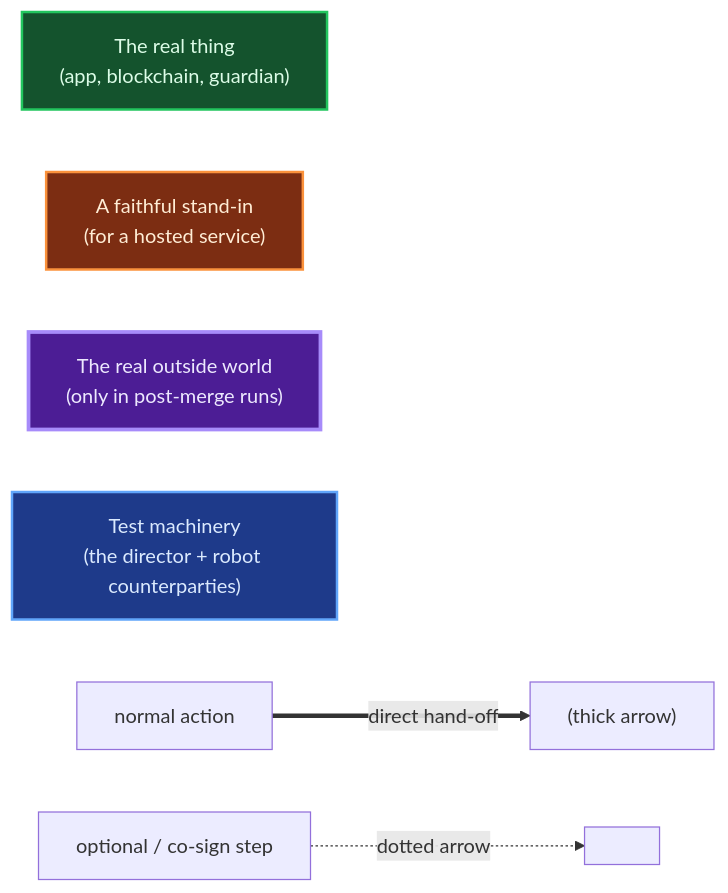
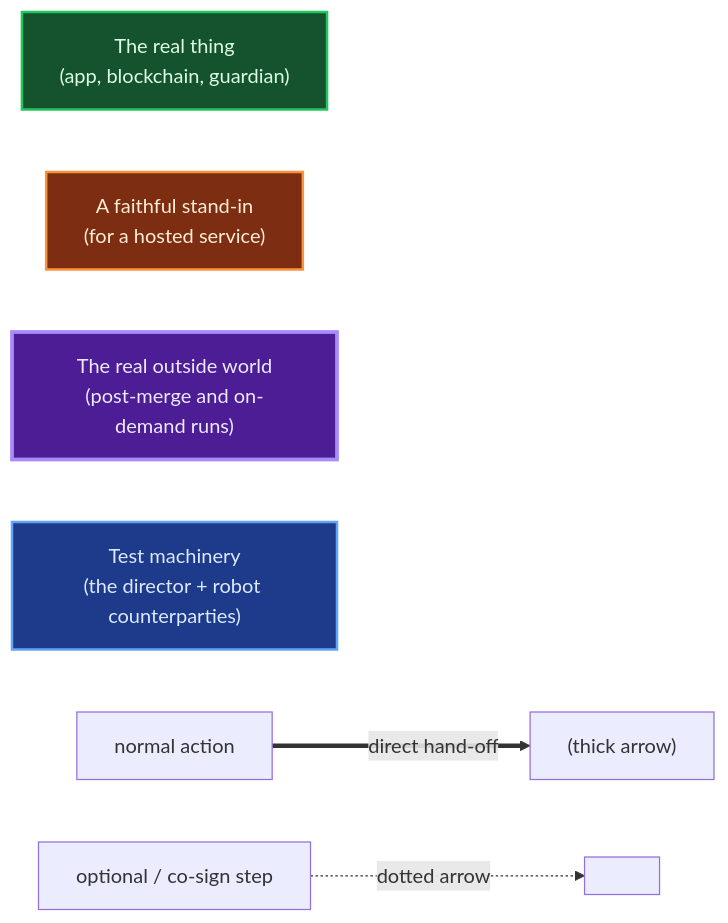
One commit to 0xMiden/wallet changed the first of 9 diagrams in playwright/e2e/docs/e2e-architecture.md. Above: the diagram before and after it, drawn with Mermaid. The commit also changed other lines of this file and 10 other files, not shown here.

````diff
--- a/playwright/e2e/docs/e2e-architecture.md
+++ b/playwright/e2e/docs/e2e-architecture.md
@@ -38,15 +38,15 @@
 ```mermaid
 flowchart LR
   R["The real thing<br/>(app, blockchain, guardian)"]:::real
   F["A faithful stand-in<br/>(for a hosted service)"]:::fake
-  W["The real outside world<br/>(only in post-merge runs)"]:::world
+  W["The real outside world<br/>(post-merge and on-demand runs)"]:::world
   T["Test machinery<br/>(the director + robot counterparties)"]:::test
 
   A1["normal action"] ==>|"direct hand-off"| A2["(thick arrow)"]
   A3["optional / co-sign step"] -.->|"dotted arrow"| A4[" "]
 
   classDef real fill:#14532d,stroke:#22c55e,stroke-width:2px,color:#dcfce7;
   classDef fake fill:#7c2d12,stroke:#fb923c,stroke-width:2px,color:#ffedd5;
   classDef world fill:#4c1d95,stroke:#a78bfa,stroke-width:3px,color:#ede9fe;
   classDef test fill:#1e3a8a,stroke:#60a5fa,stroke-width:2px,color:#dbeafe;
 ```
````
